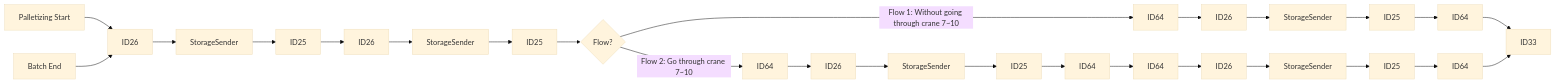
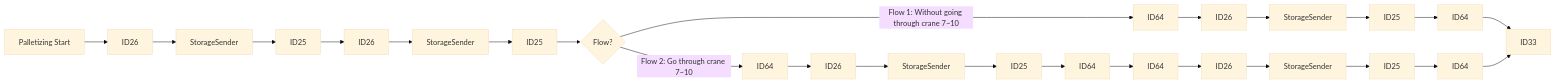
Before and after one commit to luthfiadityaa/SimeDarby-Wiki: the first of 24 diagrams in Basic-Design/DFD-WMS/Storage/Palletizing-Settting/Palletize-Start.md, drawn with Mermaid (base theme). The commit also changed other lines of this file, not shown here.

Commit message:
Updated Palletize Start

```diff
--- a/Basic-Design/DFD-WMS/Storage/Palletizing-Settting/Palletize-Start.md
+++ b/Basic-Design/DFD-WMS/Storage/Palletizing-Settting/Palletize-Start.md
@@ -5,16 +5,14 @@
 ::: mermaid
 flowchart LR
   
 P1[Palletizing Start]-->P2[ID26]-->P3[StorageSender]-->P4[ID25]
 P4[ID25]-->P5[ID26]-->P6[StorageSender]-->P7[ID25]
 P7[ID25]-->Cond1{Flow?} 
 Cond1 --> |Flow 1: Without going through crane 7~10| P8[ID64]
 Cond1 --> |Flow 2: Go through crane 7~10| P9[ID64]
 P8[ID64]-->P10[ID26]-->P11[StorageSender]-->P12[ID25]-->P13[ID64]
 P9[ID64]-->P15[ID26]-->P16[StorageSender]-->P17[ID25]-->P18[ID64]-->P19[ID64]-->P20[ID26]-->P21[StorageSender]-->P22[ID25]-->P23[ID64]
 
-P24[Batch End]-->P2[ID26]
-
 P13[ID64]-->P14[ID33]
 P23[ID64]-->P14[ID33]
 :::
```
